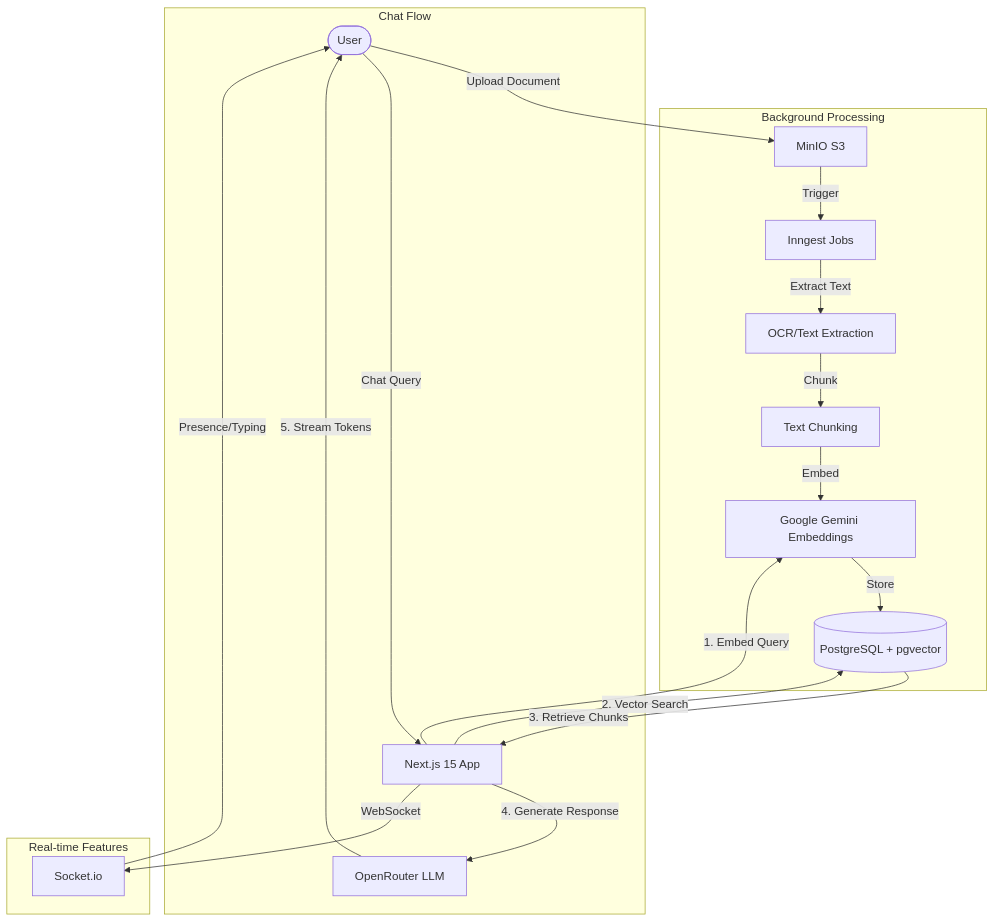
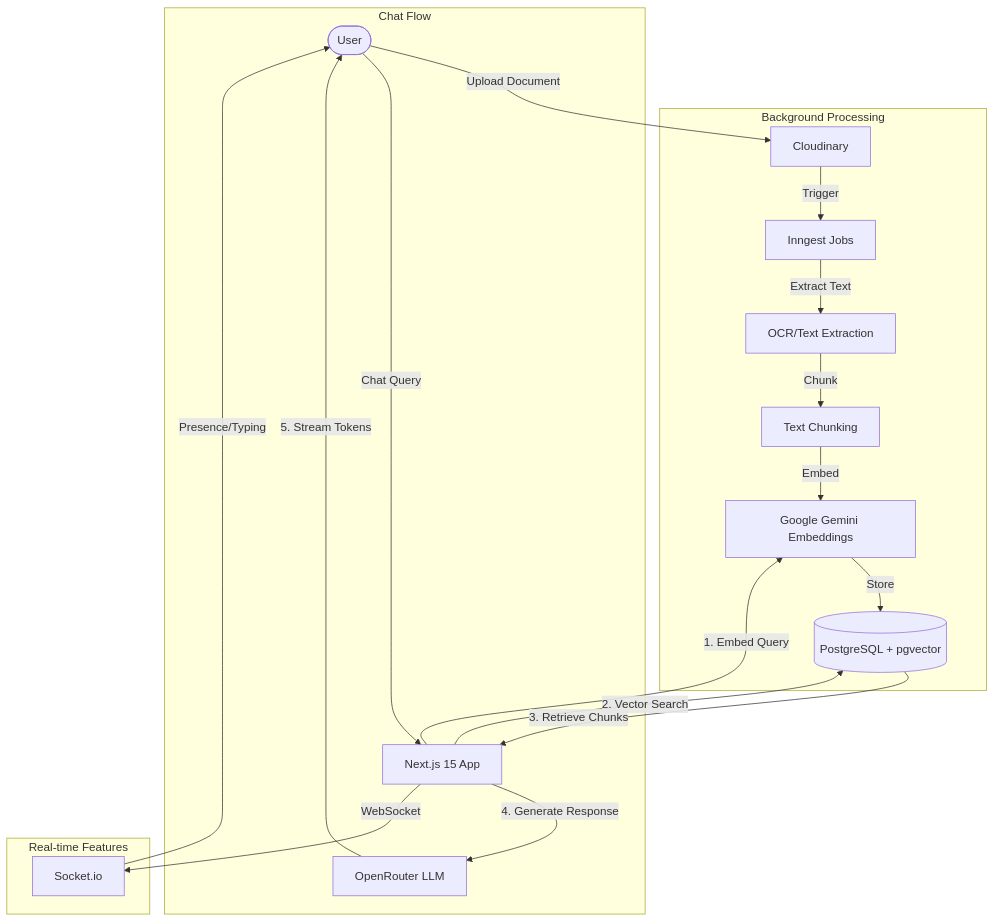
The diagram in README.md (rejisterjack/rag-starter-kit), drawn with Mermaid before and after one commit. The commit also changed other lines of this file and 155 other files, not shown here.

````diff
--- a/README.md
+++ b/README.md
@@ -225,26 +221,26 @@
 ```mermaid
 graph TB
-    User([User]) -->|Upload Document| S3[MinIO S3]
+    User([User]) -->|Upload Document| Cloudinary[Cloudinary]
     User -->|Chat Query| Next[Next.js 15 App]
 
     subgraph "Background Processing"
-        S3 -->|Trigger| Inngest[Inngest Jobs]
+        Cloudinary -->|Trigger| Inngest[Inngest Jobs]
         Inngest -->|Extract Text| OCR[OCR/Text Extraction]
         OCR -->|Chunk| Chunker[Text Chunking]
         Chunker -->|Embed| Google[Google Gemini Embeddings]
         Google -->|Store| PG[(PostgreSQL + pgvector)]
     end
 
     subgraph "Chat Flow"
         Next -->|1. Embed Query| Google
         Next -->|2. Vector Search| PG
         PG -->|3. Retrieve Chunks| Next
         Next -->|4. Generate Response| OR[OpenRouter LLM]
         OR -->|5. Stream Tokens| User
     end
 
     subgraph "Real-time Features"
         Next -->|WebSocket| WS[Socket.io]
         WS -->|Presence/Typing| User
     end
 ```
````
